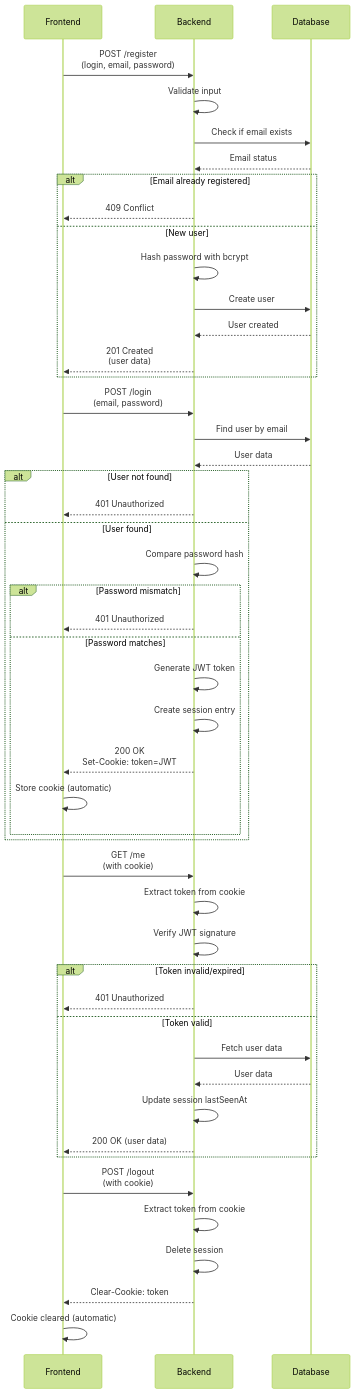
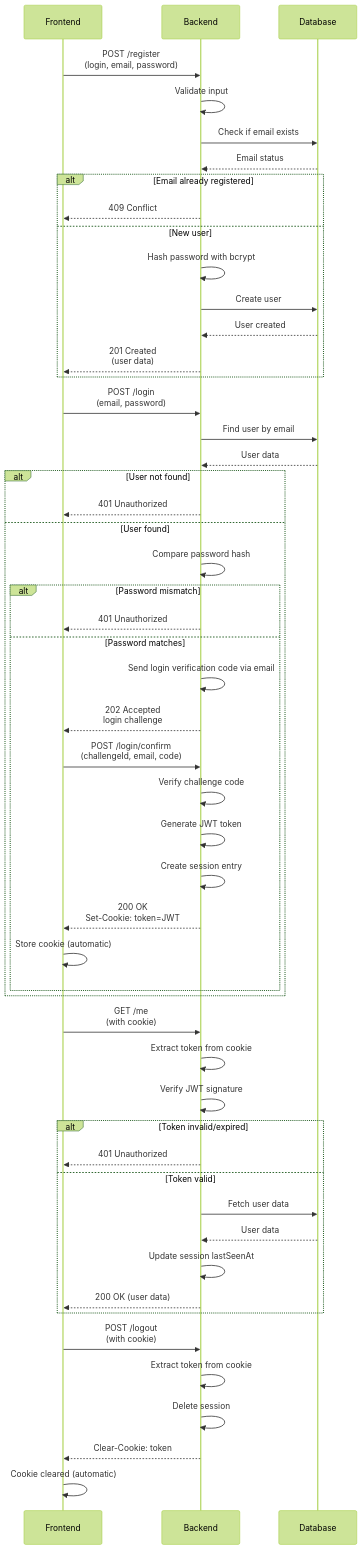
One commit to chamaselion/ft_transcendence changed the diagram in docs/AUTHENTICATION_API.md. Above: the diagram before and after it, drawn with Mermaid (forest theme). The commit also changed other lines of this file and 6 other files, not shown here.

Commit message:
I have added 2FA authentication to login and made sure that password reset logs out the user everywhere.

````diff
--- a/docs/AUTHENTICATION_API.md
+++ b/docs/AUTHENTICATION_API.md
@@ -31,54 +31,58 @@
 ```mermaid
 sequenceDiagram
     participant Frontend as Frontend
     participant Backend as Backend
     participant DB as Database
 
     Frontend->>Backend: POST /register<br/>(login, email, password)
     Backend->>Backend: Validate input
     Backend->>DB: Check if email exists
     DB-->>Backend: Email status
     alt Email already registered
         Backend-->>Frontend: 409 Conflict
     else New user
         Backend->>Backend: Hash password with bcrypt
         Backend->>DB: Create user
         DB-->>Backend: User created
         Backend-->>Frontend: 201 Created<br/>(user data)
     end
 
     Frontend->>Backend: POST /login<br/>(email, password)
     Backend->>DB: Find user by email
     DB-->>Backend: User data
     alt User not found
+      Backend-->>Frontend: 401 Unauthorized
+    else User found
+      Backend->>Backend: Compare password hash
+      alt Password mismatch
         Backend-->>Frontend: 401 Unauthorized
-    else User found
-        Backend->>Backend: Compare password hash
-        alt Password mismatch
-            Backend-->>Frontend: 401 Unauthorized
-        else Password matches
-            Backend->>Backend: Generate JWT token
-            Backend->>Backend: Create session entry
-            Backend-->>Frontend: 200 OK<br/>Set-Cookie: token=JWT
-            Frontend->>Frontend: Store cookie (automatic)
-        end
+      else Password matches
+        Backend->>Backend: Send login verification code via email
+        Backend-->>Frontend: 202 Accepted<br/>login challenge
+        Frontend->>Backend: POST /login/confirm<br/>(challengeId, email, code)
+        Backend->>Backend: Verify challenge code
+        Backend->>Backend: Generate JWT token
+        Backend->>Backend: Create session entry
+        Backend-->>Frontend: 200 OK<br/>Set-Cookie: token=JWT
+        Frontend->>Frontend: Store cookie (automatic)
+      end
     end
 
     Frontend->>Backend: GET /me<br/>(with cookie)
     Backend->>Backend: Extract token from cookie
     Backend->>Backend: Verify JWT signature
     alt Token invalid/expired
         Backend-->>Frontend: 401 Unauthorized
     else Token valid
         Backend->>DB: Fetch user data
         DB-->>Backend: User data
         Backend->>Backend: Update session lastSeenAt
         Backend-->>Frontend: 200 OK (user data)
     end
 
     Frontend->>Backend: POST /logout<br/>(with cookie)
     Backend->>Backend: Extract token from cookie
     Backend->>Backend: Delete session
     Backend-->>Frontend: Clear-Cookie: token
     Frontend->>Frontend: Cookie cleared (automatic)
 ```
````
